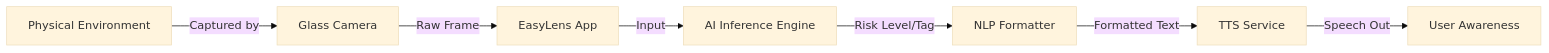
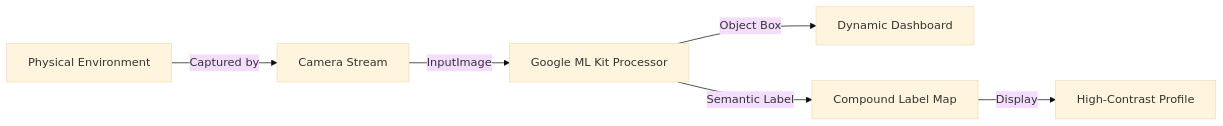
One commit to darknecrocities/EasyLense changed the diagram in README.md. Above: the diagram before and after it, drawn with Mermaid (base theme). The commit also changed other lines of this file, not shown here.

Commit message:
feat: finish setup profile, navigation and re-route firestore database

````diff
--- a/README.md
+++ b/README.md
@@ -123,9 +57,8 @@
 ```mermaid
 graph LR
-    Environment[Physical Environment] -->|Captured by| Camera[Glass Camera]
-    Camera -->|Raw Frame| App[EasyLens App]
-    App -->|Input| AI[AI Inference Engine]
-    AI -->|Risk Level/Tag| NLP[NLP Formatter]
-    NLP -->|Formatted Text| Audio[TTS Service]
-    Audio -->|Speech Out| User[User Awareness]
+    Environment[Physical Environment] -->|Captured by| Camera[Camera Stream]
+    Camera -->|InputImage| MLKit[Google ML Kit Processor]
+    MLKit -->|Object Box| HUD[Dynamic Dashboard]
+    MLKit -->|Semantic Label| Labels[Compound Label Map]
+    Labels -->|Display| UI[High-Contrast Profile]
 ```
````
